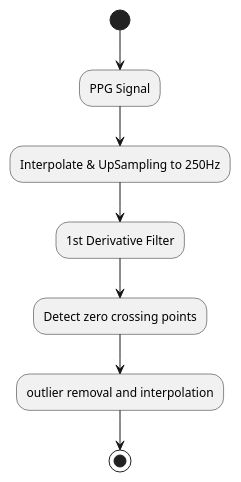
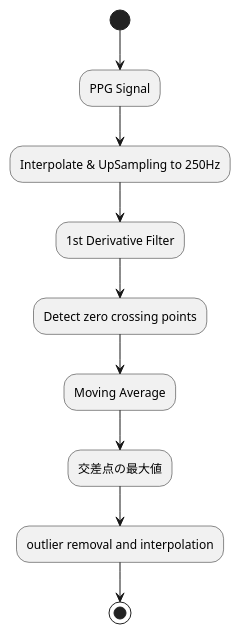
The diagram in doc/peak_detector.pu (zhujiangzhijia/rPPG_master), drawn with PlantUML before and after one commit. The commit also changed 10 other files, not shown here.

```diff
--- a/doc/peak_detector.pu
+++ b/doc/peak_detector.pu
@@ -1,11 +1,13 @@
 @startuml
 
 (*) --> "PPG Signal"
 --> "Interpolate & UpSampling to 250Hz"
 --> "1st Derivative Filter"
 --> "Detect zero crossing points"
+--> "Moving Average"
+--> "交差点の最大値"
 --> "outlier removal and interpolation"
 
 
 --> (*)
 @enduml
```
